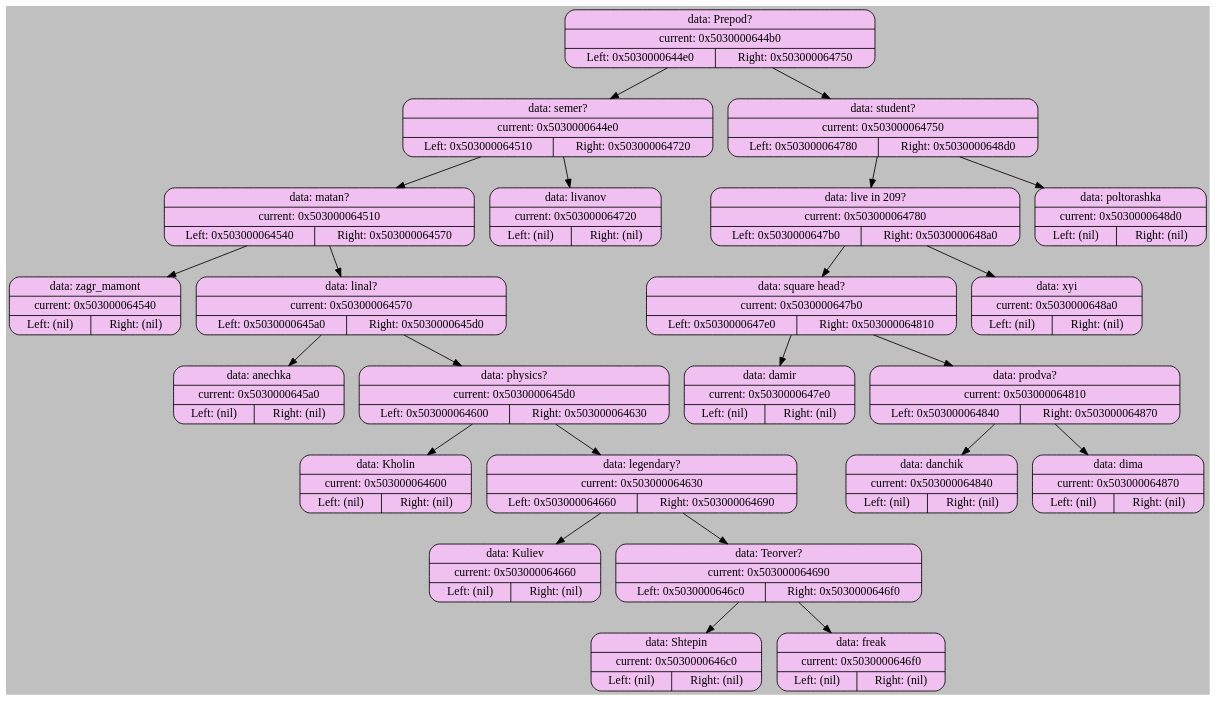
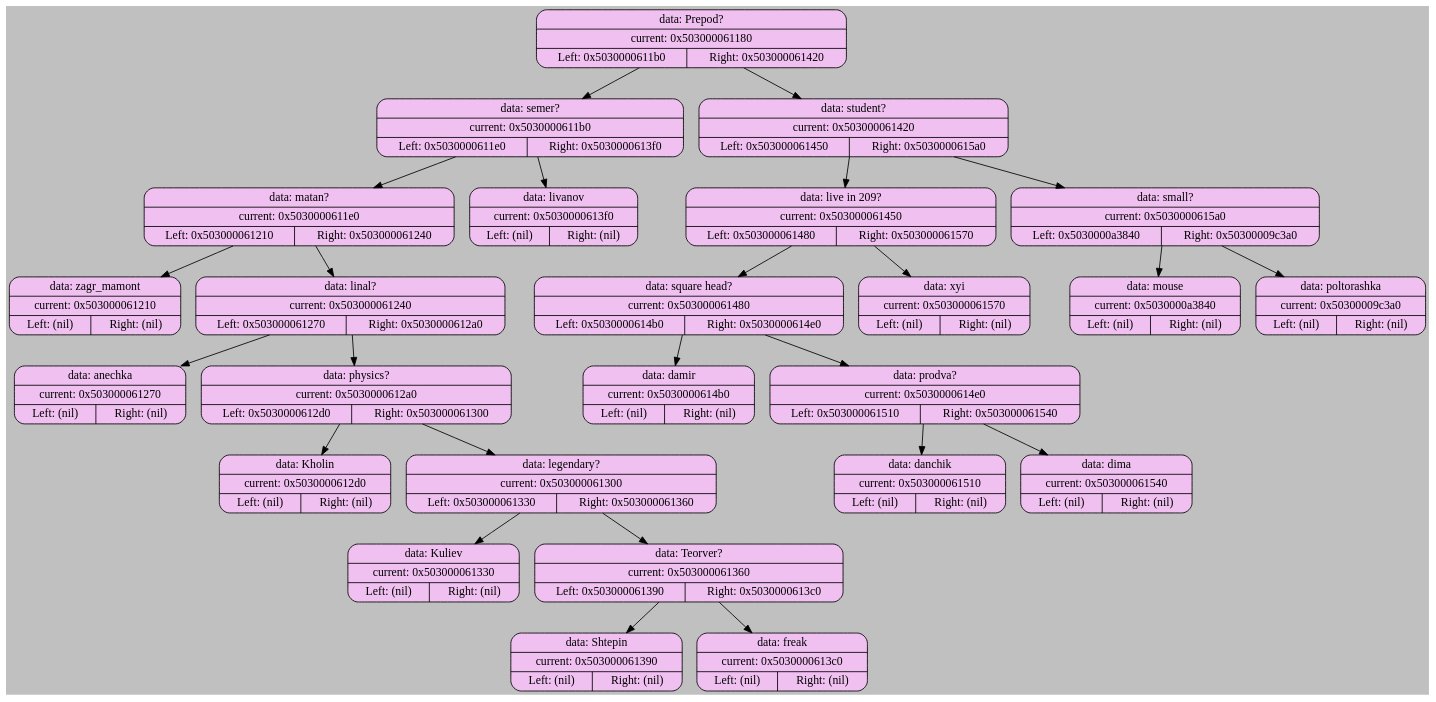
One commit to Atlaxsyys/akinator changed the diagram in graph_dump/graph_1.dot. Above: the diagram before and after it, drawn with Graphviz. The commit also changed 11 other files, not shown here.

```diff
--- a/graph_dump/graph_1.dot
+++ b/graph_dump/graph_1.dot
@@ -1,50 +1,54 @@
 digraph BinaryTree {
     bgcolor="#C0C0C0";
 
     node [shape=record];
-    "0x5030000644b0" [shape=Mrecord, style=filled; fillcolor="#F0C0F0"; label="{data: Prepod? | current: 0x5030000644b0 | { Left: 0x5030000644e0 | Right: 0x503000064750 } }"];
-    "0x5030000644b0" -> "0x5030000644e0";
-    "0x5030000644e0" [shape=Mrecord, style=filled; fillcolor="#F0C0F0"; label="{data: semer? | current: 0x5030000644e0 | { Left: 0x503000064510 | Right: 0x503000064720 } }"];
-    "0x5030000644e0" -> "0x503000064510";
-    "0x503000064510" [shape=Mrecord, style=filled; fillcolor="#F0C0F0"; label="{data: matan? | current: 0x503000064510 | { Left: 0x503000064540 | Right: 0x503000064570 } }"];
-    "0x503000064510" -> "0x503000064540";
-    "0x503000064540" [shape=Mrecord, style=filled; fillcolor="#F0C0F0"; label="{data: zagr_mamont | current: 0x503000064540 | { Left: (nil) | Right: (nil) } }"];
-    "0x503000064510" -> "0x503000064570";
-    "0x503000064570" [shape=Mrecord, style=filled; fillcolor="#F0C0F0"; label="{data: linal? | current: 0x503000064570 | { Left: 0x5030000645a0 | Right: 0x5030000645d0 } }"];
-    "0x503000064570" -> "0x5030000645a0";
-    "0x5030000645a0" [shape=Mrecord, style=filled; fillcolor="#F0C0F0"; label="{data: anechka | current: 0x5030000645a0 | { Left: (nil) | Right: (nil) } }"];
-    "0x503000064570" -> "0x5030000645d0";
-    "0x5030000645d0" [shape=Mrecord, style=filled; fillcolor="#F0C0F0"; label="{data: physics? | current: 0x5030000645d0 | { Left: 0x503000064600 | Right: 0x503000064630 } }"];
-    "0x5030000645d0" -> "0x503000064600";
-    "0x503000064600" [shape=Mrecord, style=filled; fillcolor="#F0C0F0"; label="{data: Kholin | current: 0x503000064600 | { Left: (nil) | Right: (nil) } }"];
-    "0x5030000645d0" -> "0x503000064630";
-    "0x503000064630" [shape=Mrecord, style=filled; fillcolor="#F0C0F0"; label="{data: legendary? | current: 0x503000064630 | { Left: 0x503000064660 | Right: 0x503000064690 } }"];
-    "0x503000064630" -> "0x503000064660";
-    "0x503000064660" [shape=Mrecord, style=filled; fillcolor="#F0C0F0"; label="{data: Kuliev | current: 0x503000064660 | { Left: (nil) | Right: (nil) } }"];
-    "0x503000064630" -> "0x503000064690";
-    "0x503000064690" [shape=Mrecord, style=filled; fillcolor="#F0C0F0"; label="{data: Teorver? | current: 0x503000064690 | { Left: 0x5030000646c0 | Right: 0x5030000646f0 } }"];
-    "0x503000064690" -> "0x5030000646c0";
-    "0x5030000646c0" [shape=Mrecord, style=filled; fillcolor="#F0C0F0"; label="{data: Shtepin | current: 0x5030000646c0 | { Left: (nil) | Right: (nil) } }"];
-    "0x503000064690" -> "0x5030000646f0";
-    "0x5030000646f0" [shape=Mrecord, style=filled; fillcolor="#F0C0F0"; label="{data: freak | current: 0x5030000646f0 | { Left: (nil) | Right: (nil) } }"];
-    "0x5030000644e0" -> "0x503000064720";
-    "0x503000064720" [shape=Mrecord, style=filled; fillcolor="#F0C0F0"; label="{data: livanov | current: 0x503000064720 | { Left: (nil) | Right: (nil) } }"];
-    "0x5030000644b0" -> "0x503000064750";
-    "0x503000064750" [shape=Mrecord, style=filled; fillcolor="#F0C0F0"; label="{data: student? | current: 0x503000064750 | { Left: 0x503000064780 | Right: 0x5030000648d0 } }"];
-    "0x503000064750" -> "0x503000064780";
-    "0x503000064780" [shape=Mrecord, style=filled; fillcolor="#F0C0F0"; label="{data: live in 209? | current: 0x503000064780 | { Left: 0x5030000647b0 | Right: 0x5030000648a0 } }"];
-    "0x503000064780" -> "0x5030000647b0";
-    "0x5030000647b0" [shape=Mrecord, style=filled; fillcolor="#F0C0F0"; label="{data: square head? | current: 0x5030000647b0 | { Left: 0x5030000647e0 | Right: 0x503000064810 } }"];
-    "0x5030000647b0" -> "0x5030000647e0";
-    "0x5030000647e0" [shape=Mrecord, style=filled; fillcolor="#F0C0F0"; label="{data: damir | current: 0x5030000647e0 | { Left: (nil) | Right: (nil) } }"];
-    "0x5030000647b0" -> "0x503000064810";
-    "0x503000064810" [shape=Mrecord, style=filled; fillcolor="#F0C0F0"; label="{data: prodva? | current: 0x503000064810 | { Left: 0x503000064840 | Right: 0x503000064870 } }"];
-    "0x503000064810" -> "0x503000064840";
-    "0x503000064840" [shape=Mrecord, style=filled; fillcolor="#F0C0F0"; label="{data: danchik | current: 0x503000064840 | { Left: (nil) | Right: (nil) } }"];
-    "0x503000064810" -> "0x503000064870";
-    "0x503000064870" [shape=Mrecord, style=filled; fillcolor="#F0C0F0"; label="{data: dima | current: 0x503000064870 | { Left: (nil) | Right: (nil) } }"];
-    "0x503000064780" -> "0x5030000648a0";
-    "0x5030000648a0" [shape=Mrecord, style=filled; fillcolor="#F0C0F0"; label="{data: xyi | current: 0x5030000648a0 | { Left: (nil) | Right: (nil) } }"];
-    "0x503000064750" -> "0x5030000648d0";
-    "0x5030000648d0" [shape=Mrecord, style=filled; fillcolor="#F0C0F0"; label="{data: poltorashka | current: 0x5030000648d0 | { Left: (nil) | Right: (nil) } }"];
+    "0x503000061180" [shape=Mrecord, style=filled; fillcolor="#F0C0F0"; label="{data: Prepod? | current: 0x503000061180 | { Left: 0x5030000611b0 | Right: 0x503000061420 } }"];
+    "0x503000061180" -> "0x5030000611b0";
+    "0x5030000611b0" [shape=Mrecord, style=filled; fillcolor="#F0C0F0"; label="{data: semer? | current: 0x5030000611b0 | { Left: 0x5030000611e0 | Right: 0x5030000613f0 } }"];
+    "0x5030000611b0" -> "0x5030000611e0";
+    "0x5030000611e0" [shape=Mrecord, style=filled; fillcolor="#F0C0F0"; label="{data: matan? | current: 0x5030000611e0 | { Left: 0x503000061210 | Right: 0x503000061240 } }"];
+    "0x5030000611e0" -> "0x503000061210";
+    "0x503000061210" [shape=Mrecord, style=filled; fillcolor="#F0C0F0"; label="{data: zagr_mamont | current: 0x503000061210 | { Left: (nil) | Right: (nil) } }"];
+    "0x5030000611e0" -> "0x503000061240";
+    "0x503000061240" [shape=Mrecord, style=filled; fillcolor="#F0C0F0"; label="{data: linal? | current: 0x503000061240 | { Left: 0x503000061270 | Right: 0x5030000612a0 } }"];
+    "0x503000061240" -> "0x503000061270";
+    "0x503000061270" [shape=Mrecord, style=filled; fillcolor="#F0C0F0"; label="{data: anechka | current: 0x503000061270 | { Left: (nil) | Right: (nil) } }"];
+    "0x503000061240" -> "0x5030000612a0";
+    "0x5030000612a0" [shape=Mrecord, style=filled; fillcolor="#F0C0F0"; label="{data: physics? | current: 0x5030000612a0 | { Left: 0x5030000612d0 | Right: 0x503000061300 } }"];
+    "0x5030000612a0" -> "0x5030000612d0";
+    "0x5030000612d0" [shape=Mrecord, style=filled; fillcolor="#F0C0F0"; label="{data: Kholin | current: 0x5030000612d0 | { Left: (nil) | Right: (nil) } }"];
+    "0x5030000612a0" -> "0x503000061300";
+    "0x503000061300" [shape=Mrecord, style=filled; fillcolor="#F0C0F0"; label="{data: legendary? | current: 0x503000061300 | { Left: 0x503000061330 | Right: 0x503000061360 } }"];
+    "0x503000061300" -> "0x503000061330";
+    "0x503000061330" [shape=Mrecord, style=filled; fillcolor="#F0C0F0"; label="{data: Kuliev | current: 0x503000061330 | { Left: (nil) | Right: (nil) } }"];
+    "0x503000061300" -> "0x503000061360";
+    "0x503000061360" [shape=Mrecord, style=filled; fillcolor="#F0C0F0"; label="{data: Teorver? | current: 0x503000061360 | { Left: 0x503000061390 | Right: 0x5030000613c0 } }"];
+    "0x503000061360" -> "0x503000061390";
+    "0x503000061390" [shape=Mrecord, style=filled; fillcolor="#F0C0F0"; label="{data: Shtepin | current: 0x503000061390 | { Left: (nil) | Right: (nil) } }"];
+    "0x503000061360" -> "0x5030000613c0";
+    "0x5030000613c0" [shape=Mrecord, style=filled; fillcolor="#F0C0F0"; label="{data: freak | current: 0x5030000613c0 | { Left: (nil) | Right: (nil) } }"];
+    "0x5030000611b0" -> "0x5030000613f0";
+    "0x5030000613f0" [shape=Mrecord, style=filled; fillcolor="#F0C0F0"; label="{data: livanov | current: 0x5030000613f0 | { Left: (nil) | Right: (nil) } }"];
+    "0x503000061180" -> "0x503000061420";
+    "0x503000061420" [shape=Mrecord, style=filled; fillcolor="#F0C0F0"; label="{data: student? | current: 0x503000061420 | { Left: 0x503000061450 | Right: 0x5030000615a0 } }"];
+    "0x503000061420" -> "0x503000061450";
+    "0x503000061450" [shape=Mrecord, style=filled; fillcolor="#F0C0F0"; label="{data: live in 209? | current: 0x503000061450 | { Left: 0x503000061480 | Right: 0x503000061570 } }"];
+    "0x503000061450" -> "0x503000061480";
+    "0x503000061480" [shape=Mrecord, style=filled; fillcolor="#F0C0F0"; label="{data: square head? | current: 0x503000061480 | { Left: 0x5030000614b0 | Right: 0x5030000614e0 } }"];
+    "0x503000061480" -> "0x5030000614b0";
+    "0x5030000614b0" [shape=Mrecord, style=filled; fillcolor="#F0C0F0"; label="{data: damir | current: 0x5030000614b0 | { Left: (nil) | Right: (nil) } }"];
+    "0x503000061480" -> "0x5030000614e0";
+    "0x5030000614e0" [shape=Mrecord, style=filled; fillcolor="#F0C0F0"; label="{data: prodva? | current: 0x5030000614e0 | { Left: 0x503000061510 | Right: 0x503000061540 } }"];
+    "0x5030000614e0" -> "0x503000061510";
+    "0x503000061510" [shape=Mrecord, style=filled; fillcolor="#F0C0F0"; label="{data: danchik | current: 0x503000061510 | { Left: (nil) | Right: (nil) } }"];
+    "0x5030000614e0" -> "0x503000061540";
+    "0x503000061540" [shape=Mrecord, style=filled; fillcolor="#F0C0F0"; label="{data: dima | current: 0x503000061540 | { Left: (nil) | Right: (nil) } }"];
+    "0x503000061450" -> "0x503000061570";
+    "0x503000061570" [shape=Mrecord, style=filled; fillcolor="#F0C0F0"; label="{data: xyi | current: 0x503000061570 | { Left: (nil) | Right: (nil) } }"];
+    "0x503000061420" -> "0x5030000615a0";
+    "0x5030000615a0" [shape=Mrecord, style=filled; fillcolor="#F0C0F0"; label="{data: small? | current: 0x5030000615a0 | { Left: 0x5030000a3840 | Right: 0x50300009c3a0 } }"];
+    "0x5030000615a0" -> "0x5030000a3840";
+    "0x5030000a3840" [shape=Mrecord, style=filled; fillcolor="#F0C0F0"; label="{data: mouse | current: 0x5030000a3840 | { Left: (nil) | Right: (nil) } }"];
+    "0x5030000615a0" -> "0x50300009c3a0";
+    "0x50300009c3a0" [shape=Mrecord, style=filled; fillcolor="#F0C0F0"; label="{data: poltorashka | current: 0x50300009c3a0 | { Left: (nil) | Right: (nil) } }"];
 }
```
